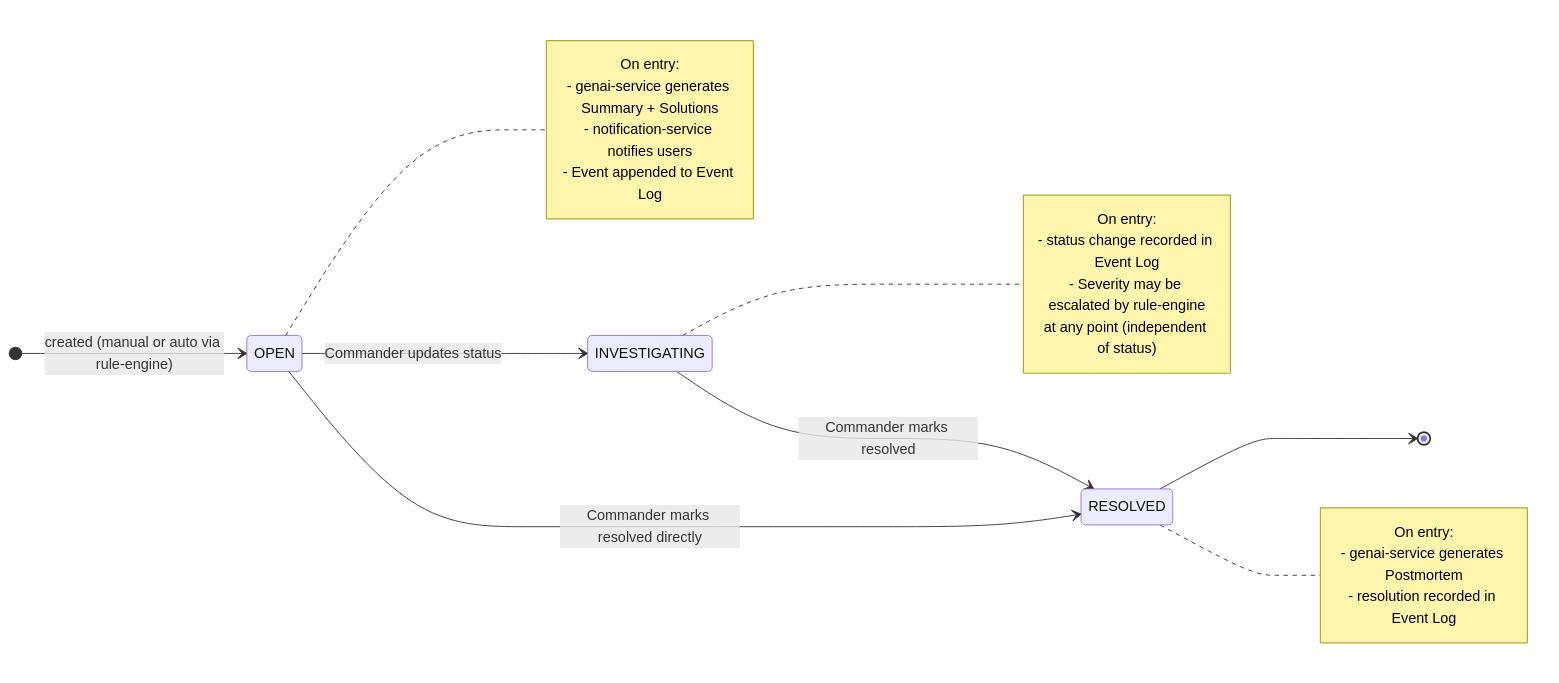
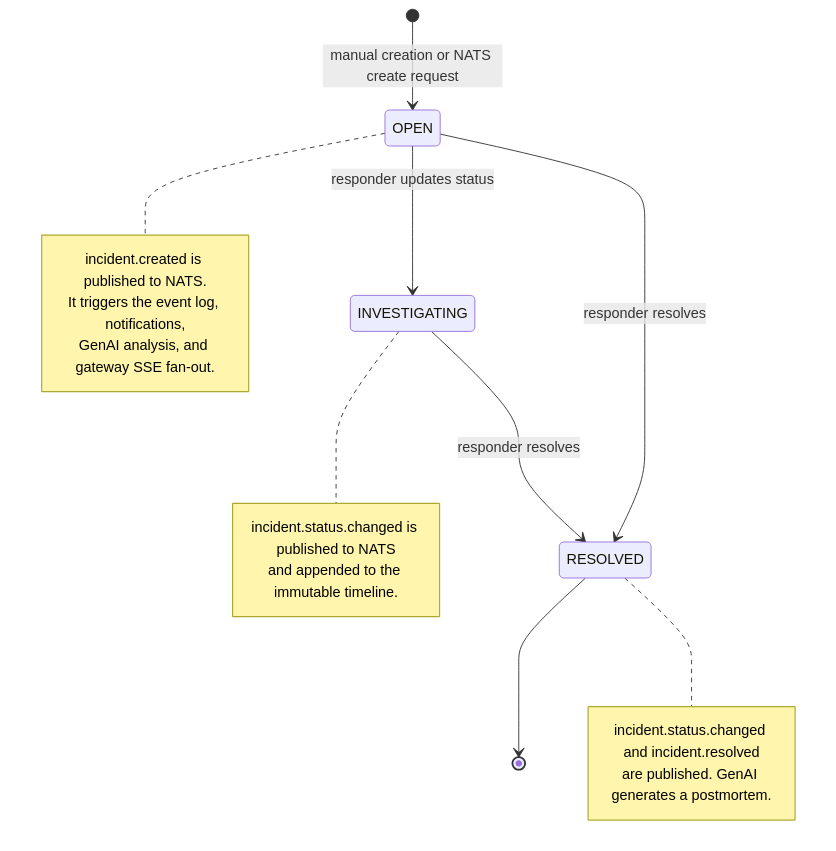
One commit to AET-DevOps26/team-panic-at-the-console changed the diagram in docs/deliverables/2026-05-08-uml-diagrams/state_diagram.md. Above: the diagram before and after it, drawn with Mermaid. The commit also changed other lines of this file and 6 other files, not shown here.

````diff
--- a/docs/deliverables/2026-05-08-uml-diagrams/state_diagram.md
+++ b/docs/deliverables/2026-05-08-uml-diagrams/state_diagram.md
@@ -5,33 +3,25 @@
 ```mermaid
 stateDiagram-v2
-    direction LR
+    [*] --> OPEN: manual creation or NATS create request
 
-    [*] --> OPEN: created (manual or auto via rule-engine)
-
-    OPEN --> INVESTIGATING: Commander updates status
-    OPEN --> RESOLVED: Commander marks resolved directly
-
-    INVESTIGATING --> RESOLVED: Commander marks resolved
-
+    OPEN --> INVESTIGATING: responder updates status
+    OPEN --> RESOLVED: responder resolves
+    INVESTIGATING --> RESOLVED: responder resolves
     RESOLVED --> [*]
 
     note right of OPEN
-        On entry:
-        - genai-service generates Summary + Solutions
-        - notification-service notifies users
-        - Event appended to Event Log
+        incident.created is published to NATS.
+        It triggers the event log, notifications,
+        GenAI analysis, and gateway SSE fan-out.
     end note
 
     note right of INVESTIGATING
-        On entry:
-        - status change recorded in Event Log
-        - Severity may be escalated by rule-engine
-          at any point (independent of status)
+        incident.status.changed is published to NATS
+        and appended to the immutable timeline.
     end note
 
     note right of RESOLVED
-        On entry:
-        - genai-service generates Postmortem
-        - resolution recorded in Event Log
+        incident.status.changed and incident.resolved
+        are published. GenAI generates a postmortem.
     end note
 ```
````
